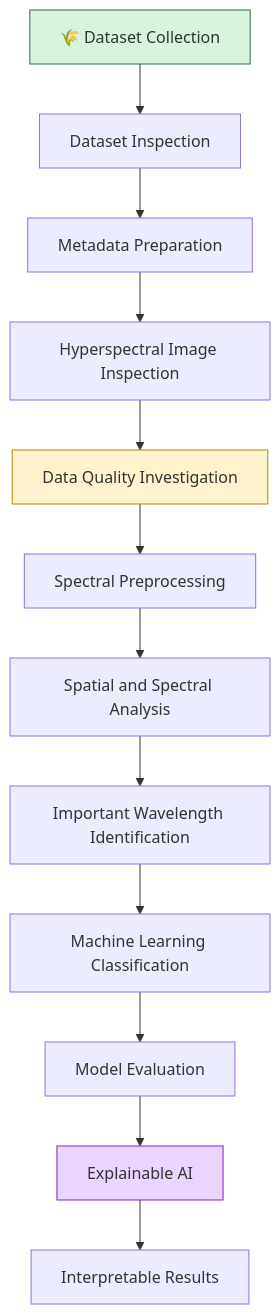
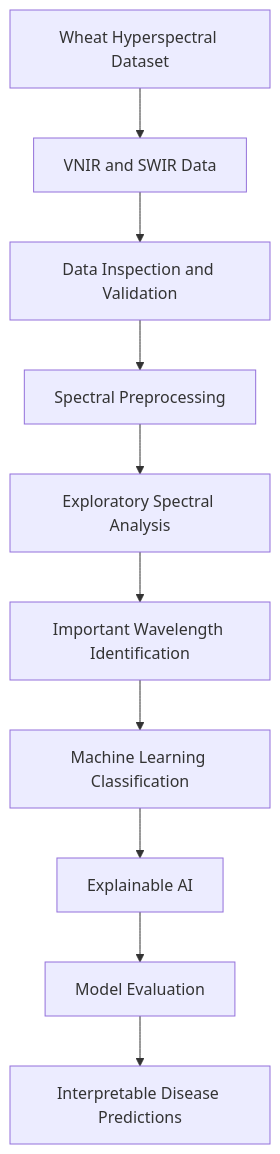
Before and after one commit to sanjanamdinfo/TerraSpectra-AI: the diagram in README.md, drawn with Mermaid. The commit also changed other lines of this file, not shown here.

Commit message:
Update README with SWIR quality validation results

````diff
--- a/README.md
+++ b/README.md
@@ -163,18 +126,12 @@
 ```mermaid
 flowchart TD
-    A["🌾 Dataset Collection"] --> B["Dataset Inspection"]
-    B --> C["Metadata Preparation"]
-    C --> D["Hyperspectral Image Inspection"]
-    D --> E["Data Quality Investigation"]
-    E --> F["Spectral Preprocessing"]
-    F --> G["Spatial and Spectral Analysis"]
-    G --> H["Important Wavelength Identification"]
-    H --> I["Machine Learning Classification"]
-    I --> J["Model Evaluation"]
-    J --> K["Explainable AI"]
-    K --> L["Interpretable Results"]
-
-    style A fill:#d8f3dc,stroke:#2d6a4f
-    style E fill:#fff3cd,stroke:#b08900
-    style K fill:#e9d5ff,stroke:#7e22ce
+    A["Wheat Hyperspectral Dataset"] --> B["VNIR and SWIR Data"]
+    B --> C["Data Inspection and Validation"]
+    C --> D["Spectral Preprocessing"]
+    D --> E["Exploratory Spectral Analysis"]
+    E --> F["Important Wavelength Identification"]
+    F --> G["Machine Learning Classification"]
+    G --> H["Explainable AI"]
+    H --> I["Model Evaluation"]
+    I --> J["Interpretable Disease Predictions"]
 ```
````
